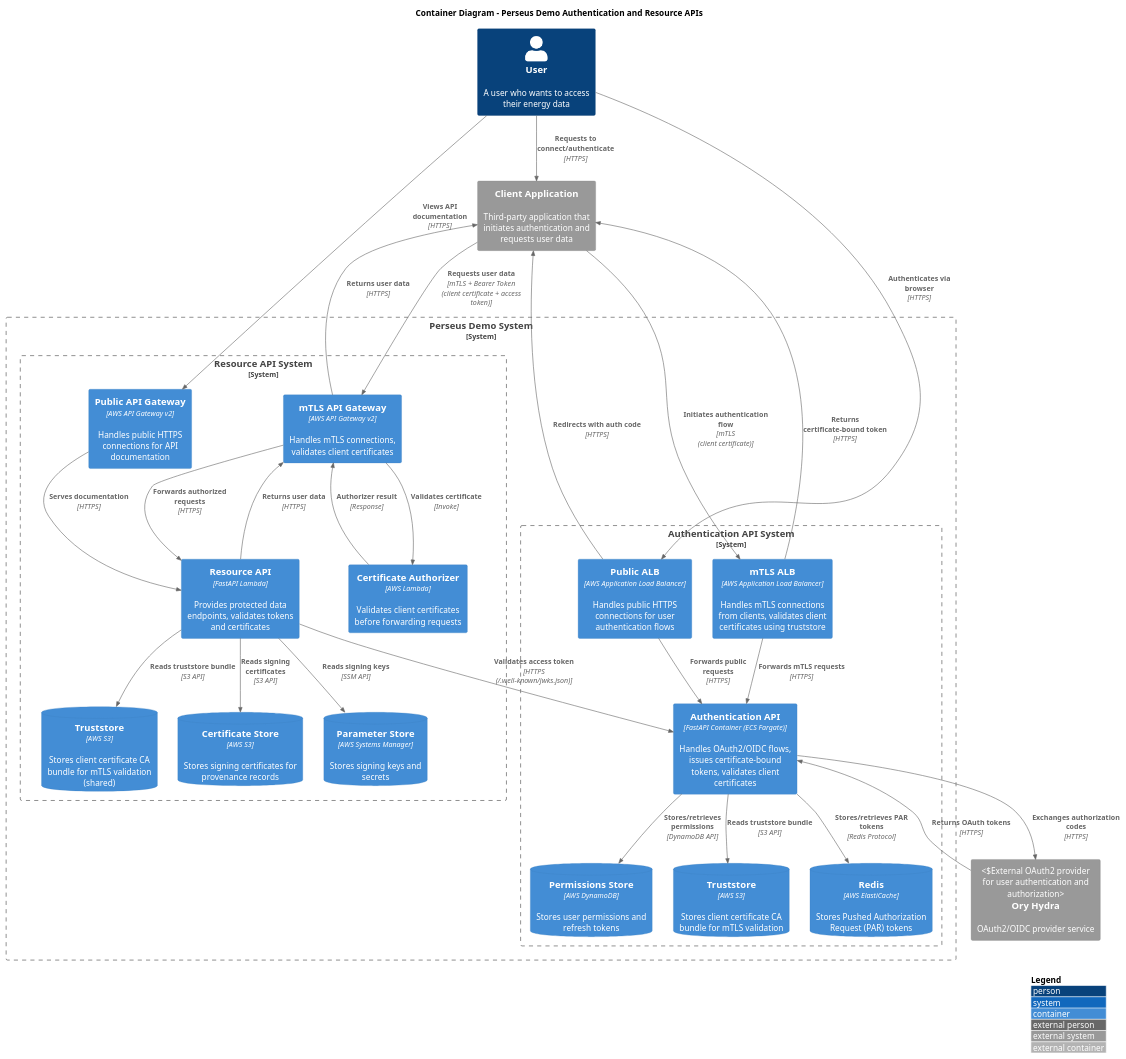
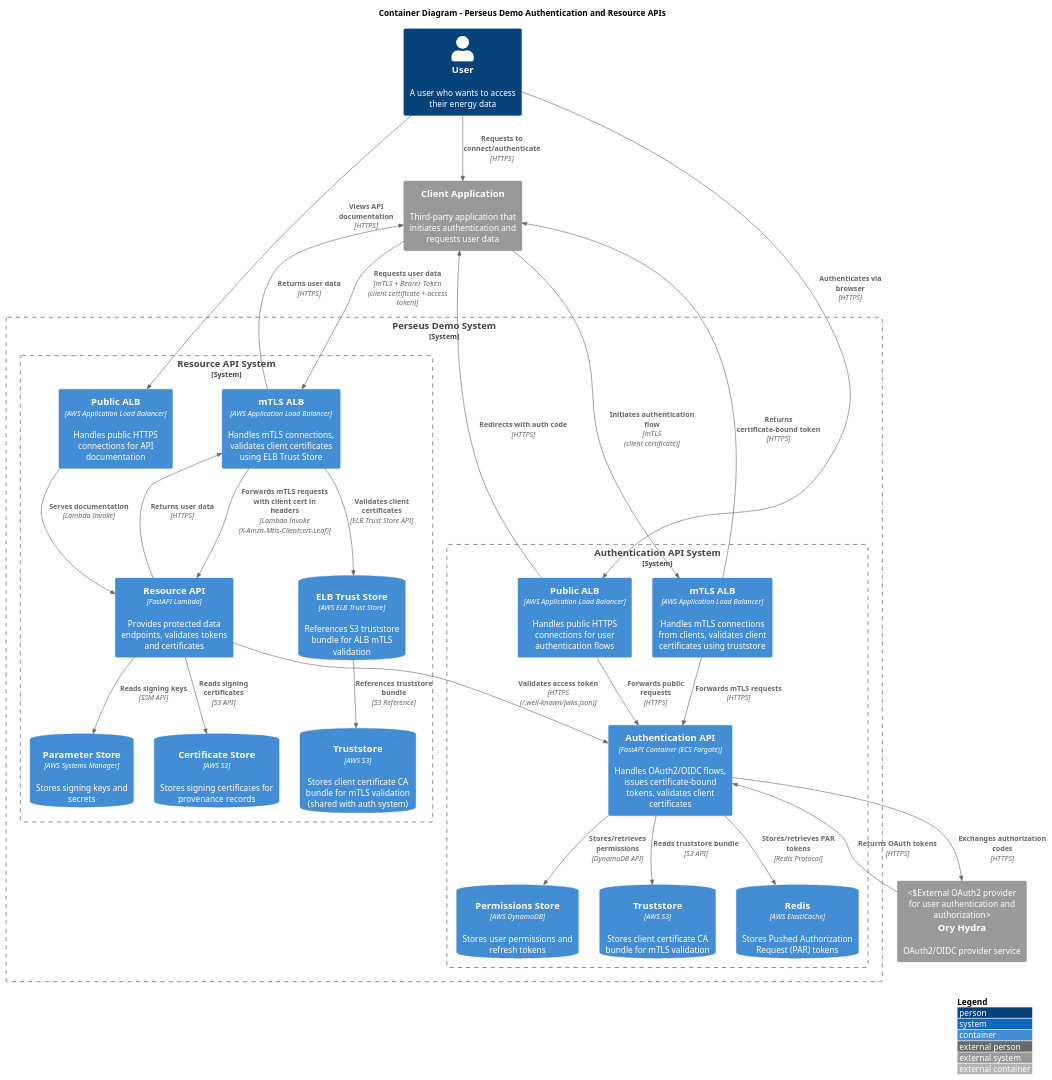
One commit to icebreakerone/perseus-demo-energy changed the diagram in docs/container-diagram.puml. Above: the diagram before and after it, drawn with PlantUML. The commit also changed 14 other files, not shown here.

Commit message:
Readme updates and tidy code - Remove unused docs-api deployment - Update resource readme to reflect new architecture - Update c4 models for resource deployment

```diff
--- a/docs/container-diagram.puml
+++ b/docs/container-diagram.puml
@@ -1,61 +1,60 @@
 @startuml Container Diagram
 !include https://raw.githubusercontent.com/plantuml-stdlib/C4-PlantUML/master/C4_Container.puml
 
 LAYOUT_WITH_LEGEND()
 
 title Container Diagram - Perseus Demo Authentication and Resource APIs
 
 Person(user, "User", "A user who wants to access their energy data")
 
 System_Boundary(perseus_demo, "Perseus Demo System") {
     System_Boundary(auth_system, "Authentication API System") {
         Container(mtls_alb, "mTLS ALB", "AWS Application Load Balancer", "Handles mTLS connections from clients, validates client certificates using truststore")
         Container(public_alb, "Public ALB", "AWS Application Load Balancer", "Handles public HTTPS connections for user authentication flows")
         Container(auth_api, "Authentication API", "FastAPI Container (ECS Fargate)", "Handles OAuth2/OIDC flows, issues certificate-bound tokens, validates client certificates")
         ContainerDb(redis, "Redis", "AWS ElastiCache", "Stores Pushed Authorization Request (PAR) tokens")
         ContainerDb(dynamodb, "Permissions Store", "AWS DynamoDB", "Stores user permissions and refresh tokens")
         ContainerDb(truststore_s3_auth, "Truststore", "AWS S3", "Stores client certificate CA bundle for mTLS validation")
     }
     
     System_Boundary(resource_system, "Resource API System") {
-        Container(mtls_apigw, "mTLS API Gateway", "AWS API Gateway v2", "Handles mTLS connections, validates client certificates")
-        Container(public_apigw, "Public API Gateway", "AWS API Gateway v2", "Handles public HTTPS connections for API documentation")
-        Container(lambda_authorizer, "Certificate Authorizer", "AWS Lambda", "Validates client certificates before forwarding requests")
+        Container(mtls_alb_resource, "mTLS ALB", "AWS Application Load Balancer", "Handles mTLS connections, validates client certificates using ELB Trust Store")
+        Container(public_alb_resource, "Public ALB", "AWS Application Load Balancer", "Handles public HTTPS connections for API documentation")
         Container(resource_api, "Resource API", "FastAPI Lambda", "Provides protected data endpoints, validates tokens and certificates")
-        ContainerDb(truststore_s3_resource, "Truststore", "AWS S3", "Stores client certificate CA bundle for mTLS validation (shared)")
+        ContainerDb(truststore_s3_resource, "Truststore", "AWS S3", "Stores client certificate CA bundle for mTLS validation (shared with auth system)")
+        ContainerDb(truststore_elb_resource, "ELB Trust Store", "AWS ELB Trust Store", "References S3 truststore bundle for ALB mTLS validation")
         ContainerDb(cert_store_s3, "Certificate Store", "AWS S3", "Stores signing certificates for provenance records")
         ContainerDb(ssm_store, "Parameter Store", "AWS Systems Manager", "Stores signing keys and secrets")
     }
 }
 
 System_Ext(client_app, "Client Application", "Third-party application that initiates authentication and requests user data")
 System_Ext(ory_hydra, "Ory Hydra", "OAuth2/OIDC provider service", "External OAuth2 provider for user authentication and authorization")
 
 Rel(user, client_app, "Requests to connect/authenticate", "HTTPS")
 Rel(client_app, mtls_alb, "Initiates authentication flow", "mTLS\n(client certificate)")
 Rel(user, public_alb, "Authenticates via browser", "HTTPS")
 Rel(mtls_alb, auth_api, "Forwards mTLS requests", "HTTPS")
 Rel(public_alb, auth_api, "Forwards public requests", "HTTPS")
 Rel(auth_api, redis, "Stores/retrieves PAR tokens", "Redis Protocol")
 Rel(auth_api, dynamodb, "Stores/retrieves permissions", "DynamoDB API")
 Rel(auth_api, ory_hydra, "Exchanges authorization codes", "HTTPS")
 Rel_U(ory_hydra, auth_api, "Returns OAuth tokens", "HTTPS")
 Rel(auth_api, truststore_s3_auth, "Reads truststore bundle", "S3 API")
 Rel_U(mtls_alb, client_app, "Returns certificate-bound token", "HTTPS")
 Rel_U(public_alb, client_app, "Redirects with auth code", "HTTPS")
 
-Rel(client_app, mtls_apigw, "Requests user data", "mTLS + Bearer Token\n(client certificate + access token)")
-Rel(mtls_apigw, lambda_authorizer, "Validates certificate", "Invoke")
-Rel_U(lambda_authorizer, mtls_apigw, "Authorizer result", "Response")
-Rel(mtls_apigw, resource_api, "Forwards authorized requests", "HTTPS")
-Rel(resource_api, truststore_s3_resource, "Reads truststore bundle", "S3 API")
+Rel(client_app, mtls_alb_resource, "Requests user data", "mTLS + Bearer Token\n(client certificate + access token)")
+Rel(mtls_alb_resource, resource_api, "Forwards mTLS requests with client cert in headers", "Lambda Invoke\n(X-Amzn-Mtls-Clientcert-Leaf)")
+Rel(mtls_alb_resource, truststore_elb_resource, "Validates client certificates", "ELB Trust Store API")
+Rel(truststore_elb_resource, truststore_s3_resource, "References truststore bundle", "S3 Reference")
 Rel(resource_api, cert_store_s3, "Reads signing certificates", "S3 API")
 Rel(resource_api, ssm_store, "Reads signing keys", "SSM API")
 Rel(resource_api, auth_api, "Validates access token", "HTTPS\n(/.well-known/jwks.json)")
-Rel_U(resource_api, mtls_apigw, "Returns user data", "HTTPS")
-Rel_U(mtls_apigw, client_app, "Returns user data", "HTTPS")
+Rel_U(resource_api, mtls_alb_resource, "Returns user data", "HTTPS")
+Rel_U(mtls_alb_resource, client_app, "Returns user data", "HTTPS")
 
-Rel(user, public_apigw, "Views API documentation", "HTTPS")
-Rel(public_apigw, resource_api, "Serves documentation", "HTTPS")
+Rel(user, public_alb_resource, "Views API documentation", "HTTPS")
+Rel(public_alb_resource, resource_api, "Serves documentation", "Lambda Invoke")
 
 @enduml
```
